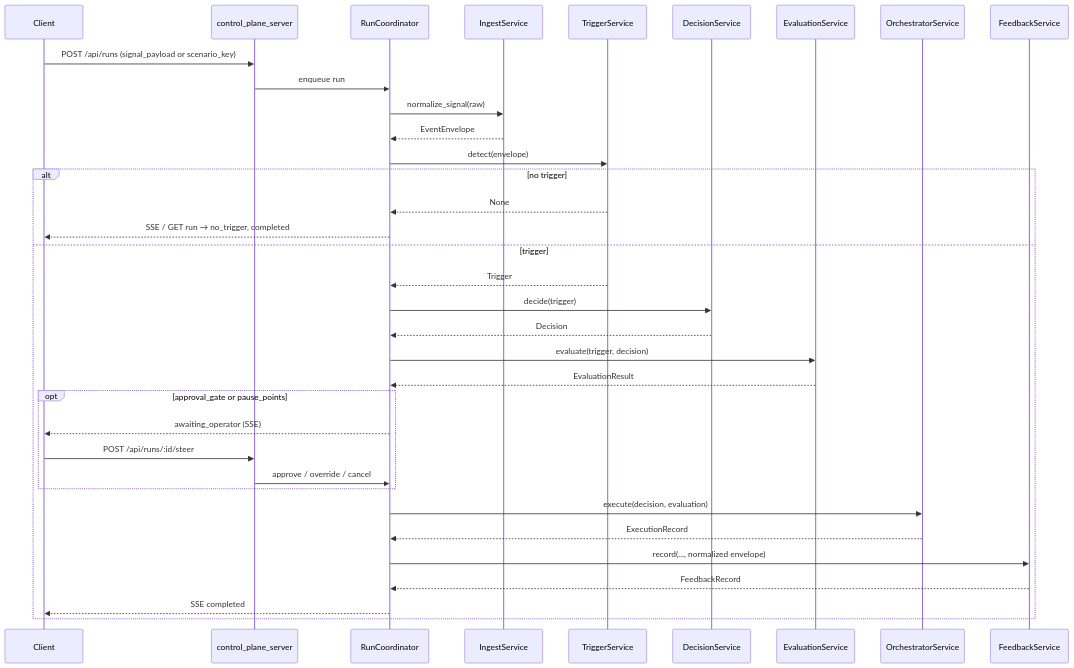
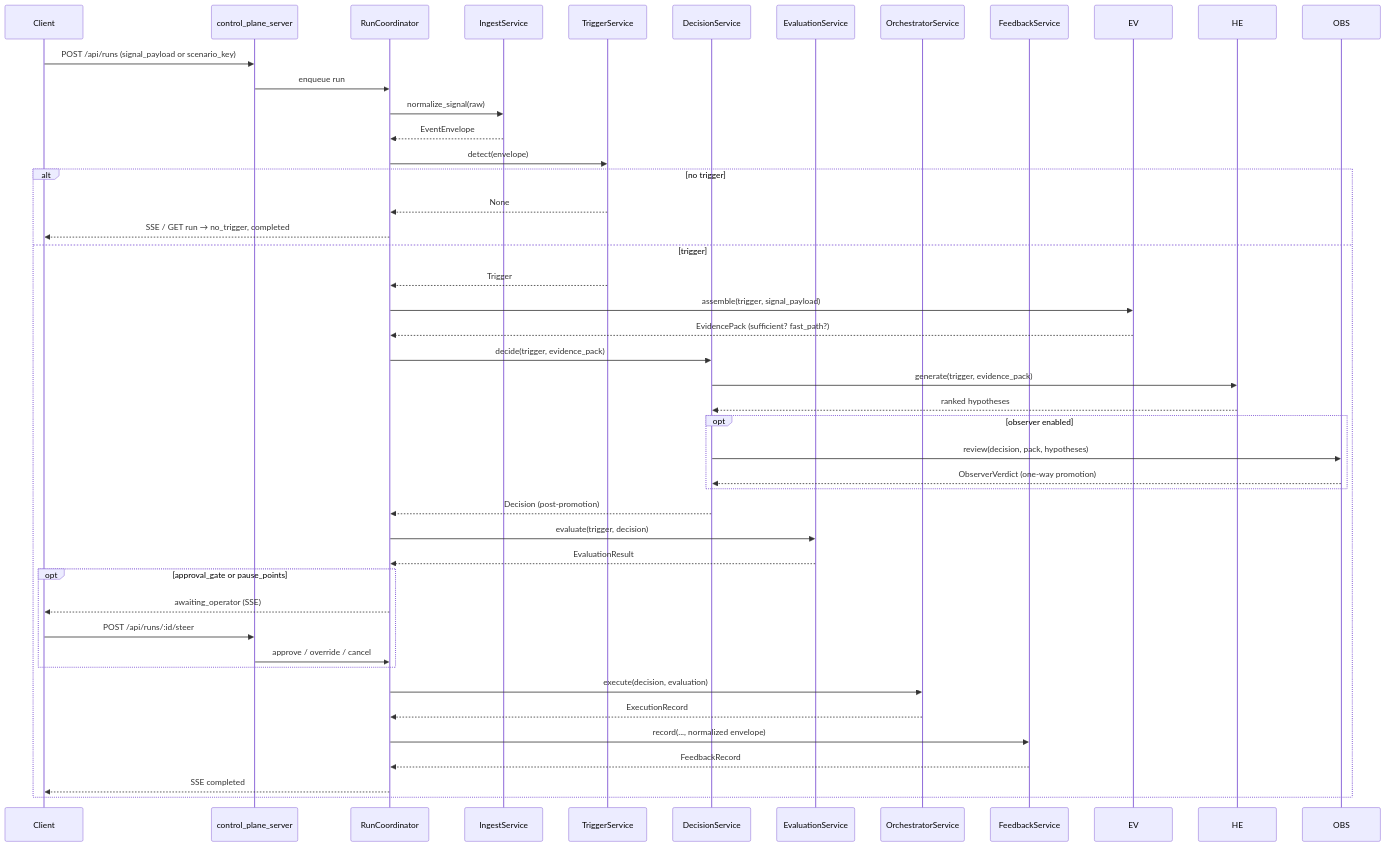
One commit to LusisLabs/orbital-mesh changed the third of 3 diagrams in architecture.md. Above: the diagram before and after it, drawn with Mermaid. The commit also changed other lines of this file and 3 other files, not shown here.

````diff
--- a/architecture.md
+++ b/architecture.md
@@ -144,38 +187,46 @@
 ```mermaid
 sequenceDiagram
     participant Client
     participant API as control_plane_server
     participant RC as RunCoordinator
     participant I as IngestService
     participant T as TriggerService
     participant D as DecisionService
     participant E as EvaluationService
     participant O as OrchestratorService
     participant F as FeedbackService
 
     Client->>API: POST /api/runs (signal_payload or scenario_key)
     API->>RC: enqueue run
     RC->>I: normalize_signal(raw)
     I-->>RC: EventEnvelope
     RC->>T: detect(envelope)
     alt no trigger
         T-->>RC: None
         RC-->>Client: SSE / GET run → no_trigger, completed
     else trigger
         T-->>RC: Trigger
-        RC->>D: decide(trigger)
-        D-->>RC: Decision
+        RC->>EV: assemble(trigger, signal_payload)
+        EV-->>RC: EvidencePack (sufficient? fast_path?)
+        RC->>D: decide(trigger, evidence_pack)
+        D->>HE: generate(trigger, evidence_pack)
+        HE-->>D: ranked hypotheses
+        opt observer enabled
+            D->>OBS: review(decision, pack, hypotheses)
+            OBS-->>D: ObserverVerdict (one-way promotion)
+        end
+        D-->>RC: Decision (post-promotion)
         RC->>E: evaluate(trigger, decision)
         E-->>RC: EvaluationResult
         opt approval_gate or pause_points
             RC-->>Client: awaiting_operator (SSE)
             Client->>API: POST /api/runs/:id/steer
             API->>RC: approve / override / cancel
         end
         RC->>O: execute(decision, evaluation)
         O-->>RC: ExecutionRecord
         RC->>F: record(..., normalized envelope)
         F-->>RC: FeedbackRecord
         RC-->>Client: SSE completed
     end
 ```
````
